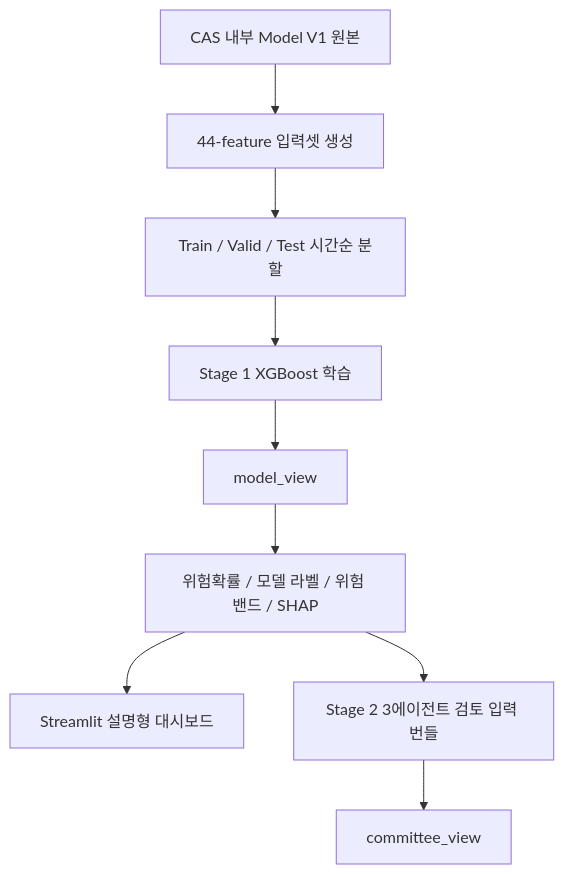
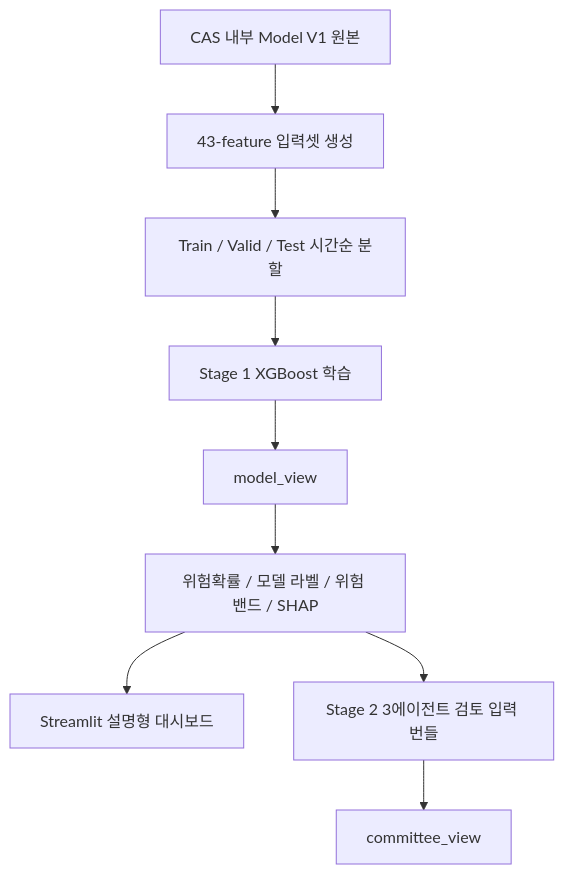
Before and after one commit to LADTO-develop/Corporate-Analysis-System: the diagram in README.md, drawn with Mermaid. The commit also changed other lines of this file and 138 other files, not shown here.

````diff
--- a/README.md
+++ b/README.md
@@ -92,11 +94,11 @@
 ```mermaid
 flowchart TD
-    A["CAS 내부 Model V1 원본"] --> B["44-feature 입력셋 생성"]
+    A["CAS 내부 Model V1 원본"] --> B["43-feature 입력셋 생성"]
     B --> C["Train / Valid / Test 시간순 분할"]
     C --> D["Stage 1 XGBoost 학습"]
     D --> E["model_view"]
     E --> F["위험확률 / 모델 라벨 / 위험 밴드 / SHAP"]
     F --> G["Streamlit 설명형 대시보드"]
     F --> H["Stage 2 3에이전트 검토 입력 번들"]
     H --> I["committee_view"]
 ```
````
